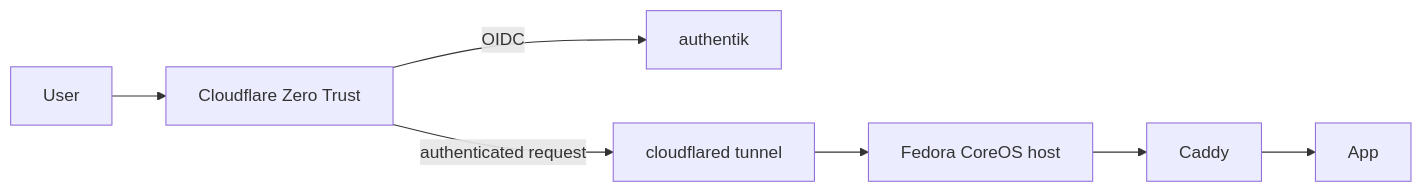
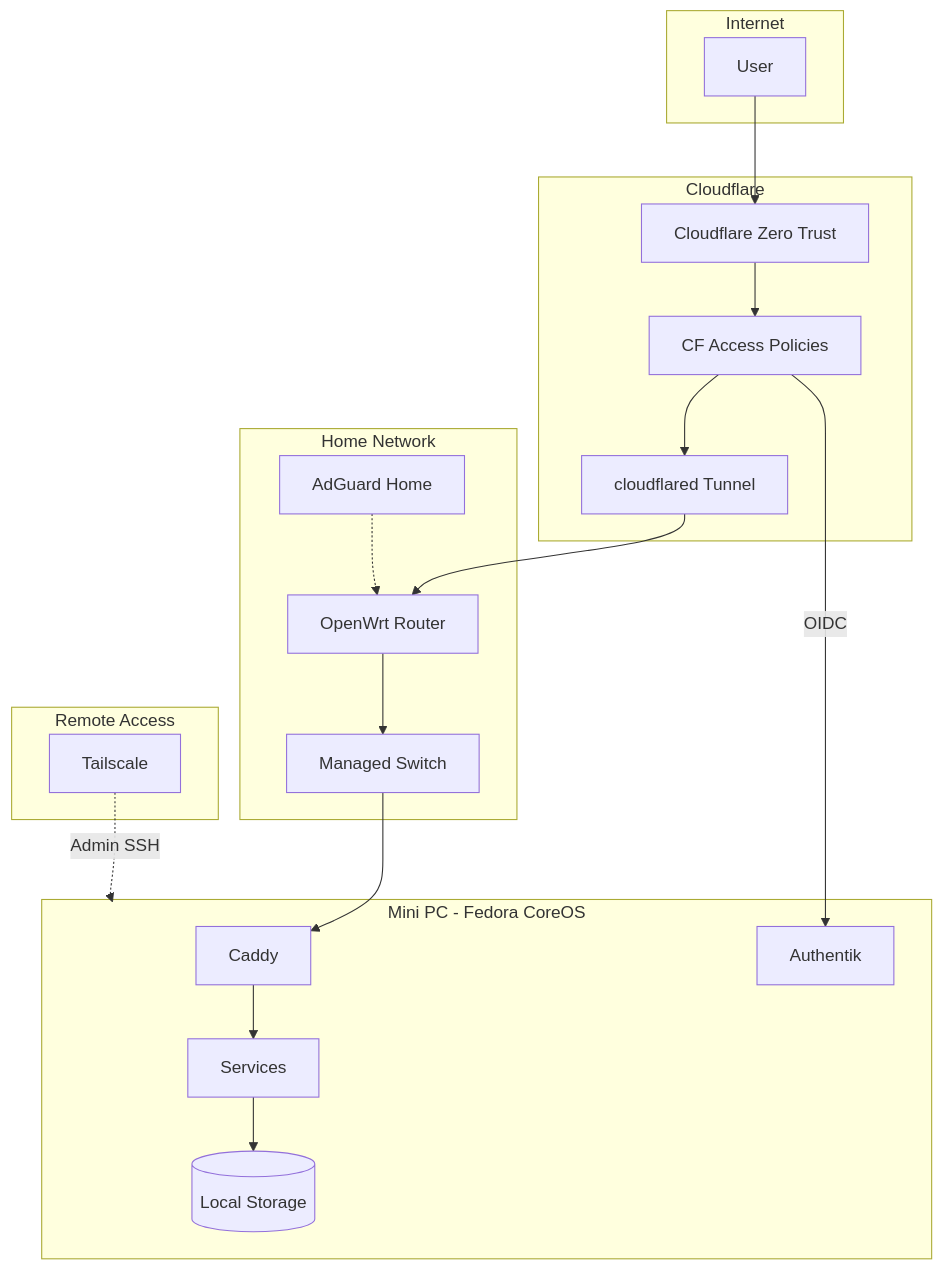
Before and after one commit to Hovirix/homelab-docs: the first of 2 diagrams in overview/architecture.mdx, drawn with Mermaid. The commit also changed other lines of this file, not shown here.

First line of the commit message:
docs(architecture): add detailed infrastructure overview

````diff
--- a/overview/architecture.mdx
+++ b/overview/architecture.mdx
@@ -10,9 +12,41 @@
 ```mermaid
-flowchart LR
-  U[User] --> CF[Cloudflare Zero Trust]
-  CF -->|OIDC| AK[authentik]
-  CF -->|authenticated request| T[cloudflared tunnel]
-  T --> FC[Fedora CoreOS host]
-  FC --> CY[Caddy]
-  CY --> APP[App]
+flowchart TB
+    subgraph Internet
+        USER[User]
+    end
+
+    subgraph Cloudflare
+        CF[Cloudflare Zero Trust]
+        CFA[CF Access Policies]
+        CFT[cloudflared Tunnel]
+    end
+
+    subgraph Network["Home Network"]
+        OW[OpenWrt Router]
+        AGH[AdGuard Home]
+        SW[Managed Switch]
+    end
+
+    subgraph Server["Mini PC - Fedora CoreOS"]
+        CADDY[Caddy]
+        AUTH[Authentik]
+        APPS[Services]
+        STORAGE[(Local Storage)]
+    end
+
+    subgraph Remote["Remote Access"]
+        TS[Tailscale]
+    end
+
+    USER --> CF
+    CF --> CFA
+    CFA -->|OIDC| AUTH
+    CFA --> CFT
+    CFT --> OW
+    OW --> SW
+    SW --> CADDY
+    CADDY --> APPS
+    APPS --> STORAGE
+    AGH -.-> OW
+    TS -.->|Admin SSH| Server
 ```
````
